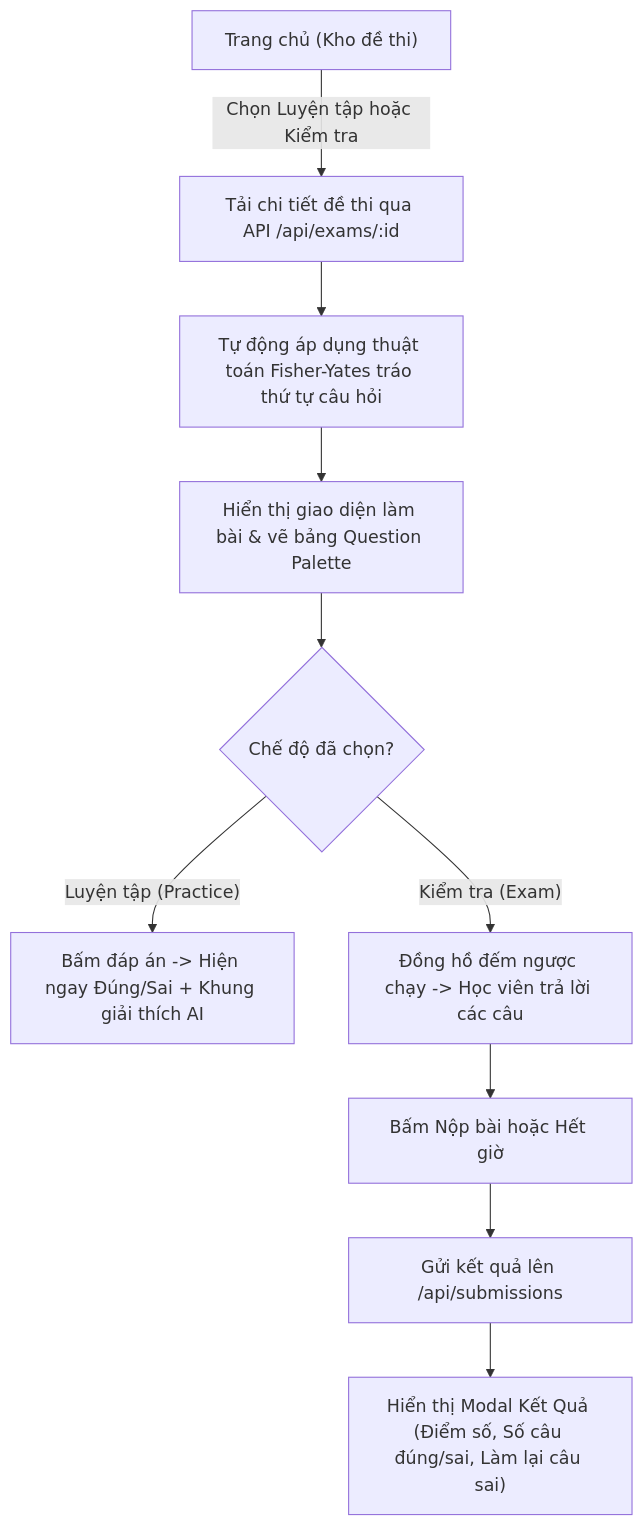
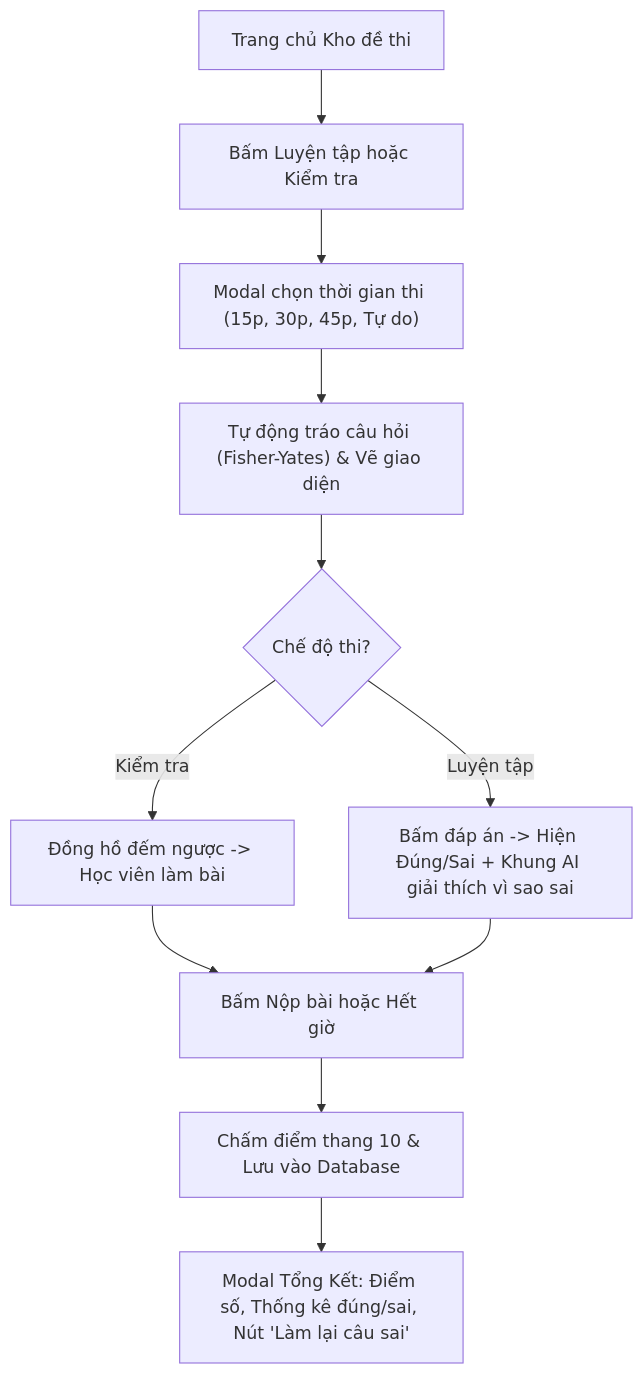
The second of 3 diagrams in README.md (PhucPhanHT/Tracnghiemfree), drawn with Mermaid before and after one commit. The commit also changed other lines of this file and 1 other file, not shown here.

````diff
--- a/README.md
+++ b/README.md
@@ -240,12 +215,13 @@
 ```mermaid
 flowchart TD
-    A["Trang chủ (Kho đề thi)"] -->|"Chọn Luyện tập hoặc Kiểm tra"| B["Tải chi tiết đề thi qua API /api/exams/:id"]
-    B --> C["Tự động áp dụng thuật toán Fisher-Yates tráo thứ tự câu hỏi"]
-    C --> D["Hiển thị giao diện làm bài & vẽ bảng Question Palette"]
-    D --> E{"Chế độ đã chọn?"}
-    E -->|"Luyện tập (Practice)"| F["Bấm đáp án -> Hiện ngay Đúng/Sai + Khung giải thích AI"]
-    E -->|"Kiểm tra (Exam)"| G["Đồng hồ đếm ngược chạy -> Học viên trả lời các câu"]
+    A["Trang chủ Kho đề thi"] --> B["Bấm Luyện tập hoặc Kiểm tra"]
+    B --> C["Modal chọn thời gian thi (15p, 30p, 45p, Tự do)"]
+    C --> D["Tự động tráo câu hỏi (Fisher-Yates) & Vẽ giao diện"]
+    D --> E{"Chế độ thi?"}
+    E -->|"Luyện tập"| F["Bấm đáp án -> Hiện Đúng/Sai + Khung AI giải thích vì sao sai"]
+    E -->|"Kiểm tra"| G["Đồng hồ đếm ngược -> Học viên làm bài"]
     G --> H["Bấm Nộp bài hoặc Hết giờ"]
-    H --> I["Gửi kết quả lên /api/submissions"]
-    I --> J["Hiển thị Modal Kết Quả (Điểm số, Số câu đúng/sai, Làm lại câu sai)"]
+    F --> H
+    H --> I["Chấm điểm thang 10 & Lưu vào Database"]
+    I --> J["Modal Tổng Kết: Điểm số, Thống kê đúng/sai, Nút 'Làm lại câu sai'"]
 ```
````
